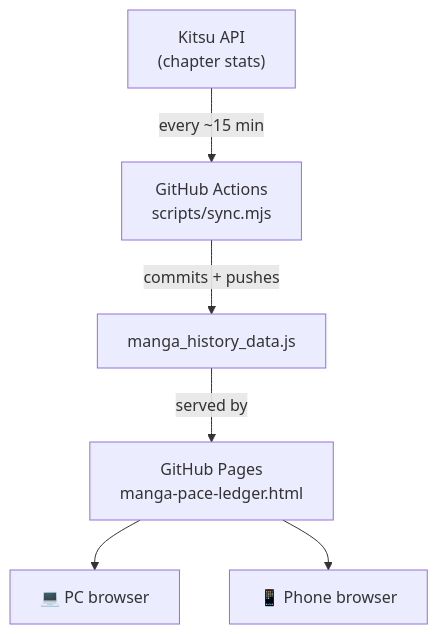
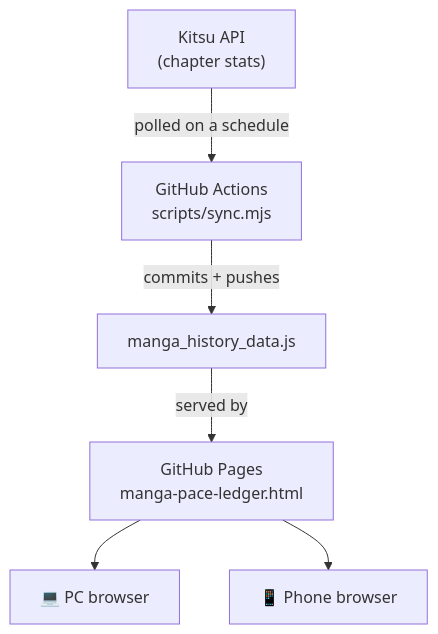
One commit to iKy0ff/manga-tracker changed the diagram in README.md. Above: the diagram before and after it, drawn with Mermaid. The commit also changed other lines of this file, not shown here.

````diff
--- a/README.md
+++ b/README.md
@@ -12,8 +36,8 @@
 ```mermaid
 flowchart TD
-    A["Kitsu API<br/>(chapter stats)"] -- "every ~15 min" --> B["GitHub Actions<br/>scripts/sync.mjs"]
+    A["Kitsu API<br/>(chapter stats)"] -- "polled on a schedule" --> B["GitHub Actions<br/>scripts/sync.mjs"]
     B -- "commits + pushes" --> C["manga_history_data.js"]
     C -- "served by" --> D["GitHub Pages<br/>manga-pace-ledger.html"]
     D --> E["💻 PC browser"]
     D --> F["📱 Phone browser"]
 ```
````
